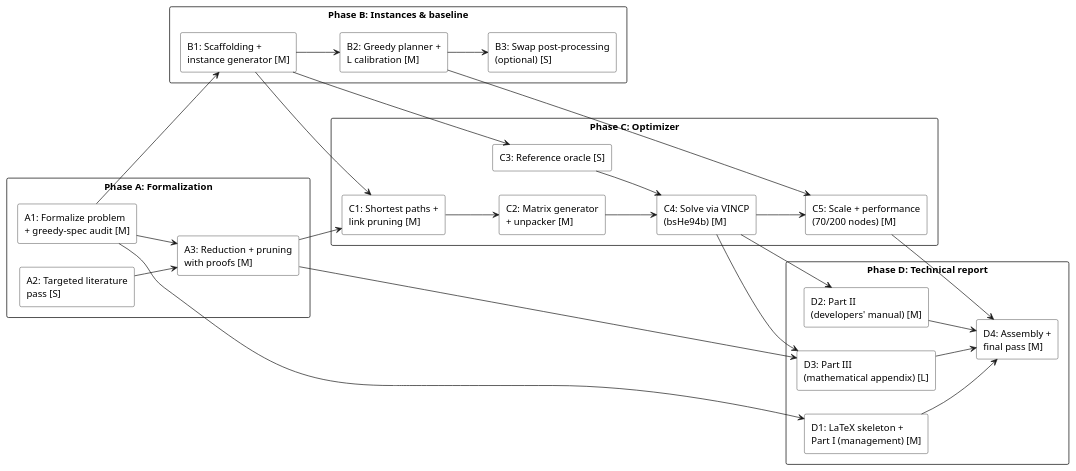
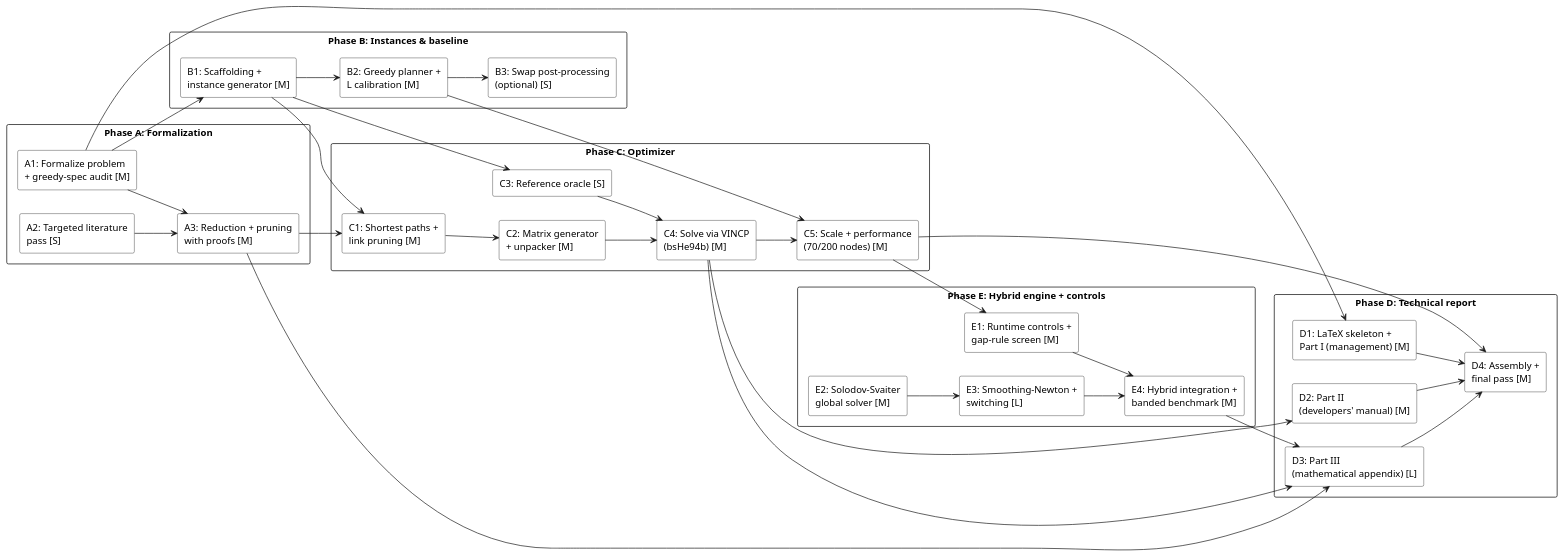
Before and after one commit to bwise-7365/titan-alloy: the diagram in visolver/network/pert.puml, drawn with PlantUML. The commit also changed 24 other files, not shown here.

```diff
--- a/visolver/network/pert.puml
+++ b/visolver/network/pert.puml
@@ -1,63 +1,75 @@
 @startuml pert
 ' ----------------------------------------------
 ' Copyright Ben Paul Wise. All Rights Reserved.
 ' ----------------------------------------------
 ' PERT chart for the network flow-planning solver.
 ' Boxes = tasks (see plan.md ledger for full text and status);
 ' every box completion is a review gate (progress + usage budget).
 ' ----------------------------------------------
 left to right direction
 skinparam rectangle {
   BackgroundColor White
   BorderColor Black
 }
 
 rectangle "Phase A: Formalization" as PA {
   rectangle "A1: Formalize problem\n+ greedy-spec audit [M]" as A1
   rectangle "A2: Targeted literature\npass [S]" as A2
   rectangle "A3: Reduction + pruning\nwith proofs [M]" as A3
 }
 
 rectangle "Phase B: Instances & baseline" as PB {
   rectangle "B1: Scaffolding +\ninstance generator [M]" as B1
   rectangle "B2: Greedy planner +\nL calibration [M]" as B2
   rectangle "B3: Swap post-processing\n(optional) [S]" as B3
 }
 
 rectangle "Phase C: Optimizer" as PC {
   rectangle "C1: Shortest paths +\nlink pruning [M]" as C1
   rectangle "C2: Matrix generator\n+ unpacker [M]" as C2
   rectangle "C3: Reference oracle [S]" as C3
   rectangle "C4: Solve via VINCP\n(bsHe94b) [M]" as C4
   rectangle "C5: Scale + performance\n(70/200 nodes) [M]" as C5
 }
 
+rectangle "Phase E: Hybrid engine + controls" as PE {
+  rectangle "E1: Runtime controls +\ngap-rule screen [M]" as E1
+  rectangle "E2: Solodov-Svaiter\nglobal solver [M]" as E2
+  rectangle "E3: Smoothing-Newton +\nswitching [L]" as E3
+  rectangle "E4: Hybrid integration +\nbanded benchmark [M]" as E4
+}
+
 rectangle "Phase D: Technical report" as PD {
   rectangle "D1: LaTeX skeleton +\nPart I (management) [M]" as D1
   rectangle "D2: Part II\n(developers' manual) [M]" as D2
   rectangle "D3: Part III\n(mathematical appendix) [L]" as D3
   rectangle "D4: Assembly +\nfinal pass [M]" as D4
 }
 
 A1 --> A3
 A2 --> A3
 A1 --> B1
 B1 --> B2
 B2 --> B3
 A3 --> C1
 B1 --> C1
 C1 --> C2
 B1 --> C3
 C2 --> C4
 C3 --> C4
 C4 --> C5
 B2 --> C5
+C5 --> E1
+E2 --> E3
+E1 --> E4
+E3 --> E4
 A1 --> D1
 C4 --> D2
 A3 --> D3
 C4 --> D3
+E4 --> D3
 D1 --> D4
 D2 --> D4
 D3 --> D4
 C5 --> D4
 @enduml
```
